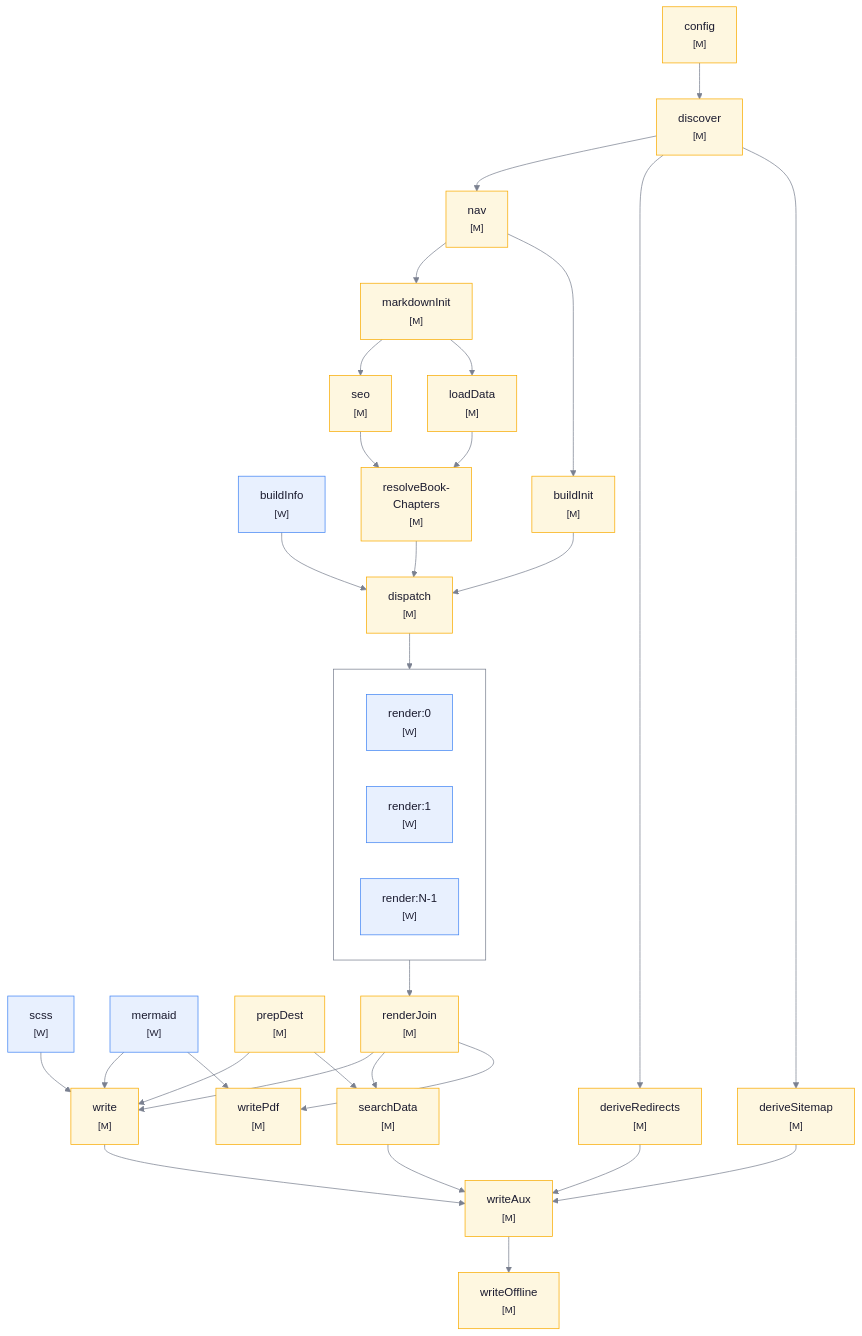
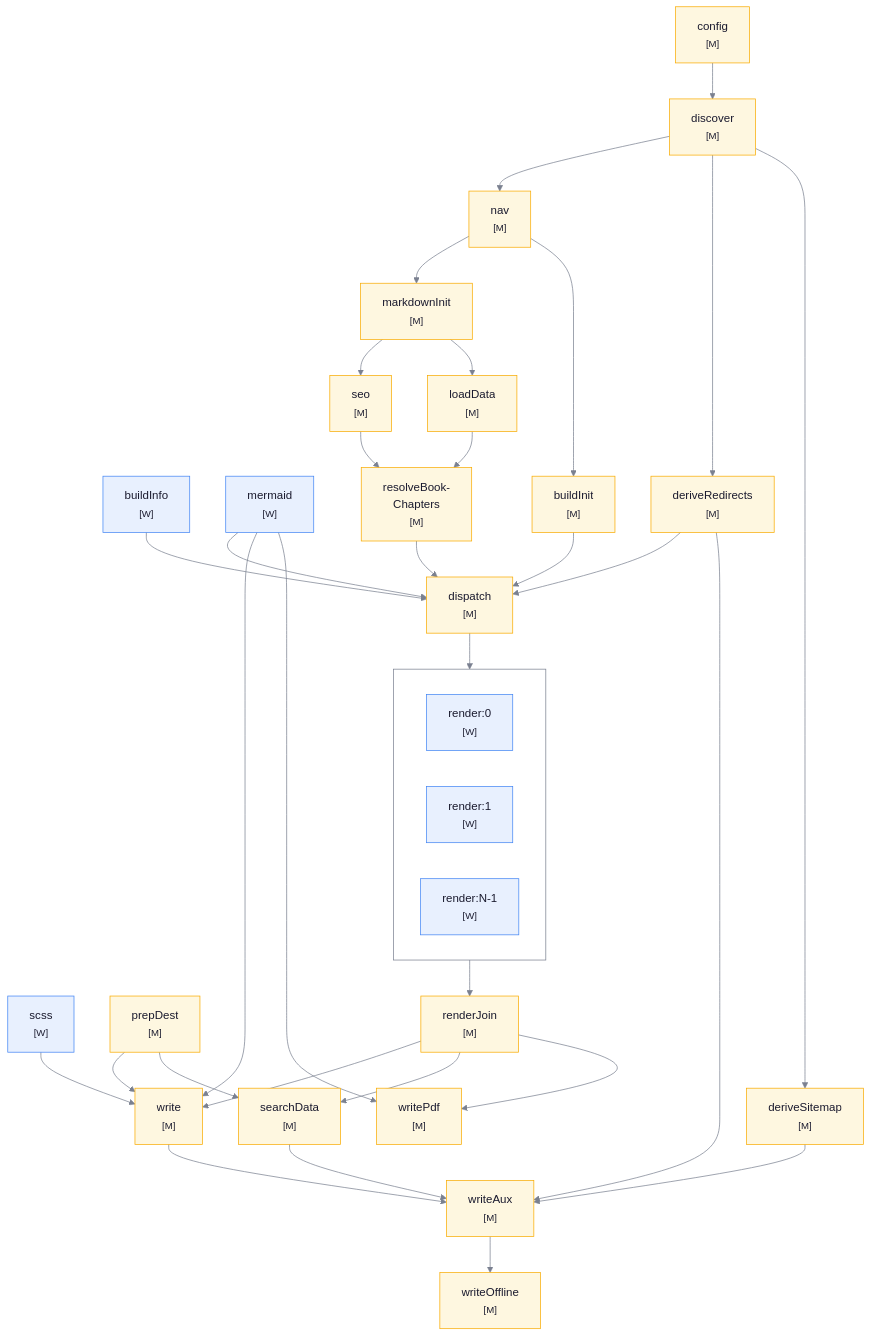
Before and after one commit to twinbasic/documentation: the diagram in docs/assets/images/mmd/scheduler-dag.mmd, drawn with Mermaid. The commit also changed 5 other files, not shown here.

```diff
--- a/docs/assets/images/mmd/scheduler-dag.mmd
+++ b/docs/assets/images/mmd/scheduler-dag.mmd
@@ -1,56 +1,58 @@
 %%{init: {"themeVariables": {"clusterBkg": "transparent", "clusterBorder": "#7a8090", "lineColor": "#7a8090"}}}%%
 flowchart TB
     %%subgraph seeds [" "]
     %%    direction LR
         BI["buildInfo<br><small>[W]</small>"]
         SC["scss<br><small>[W]</small>"]
         MM["mermaid<br><small>[W]</small>"]
         PD["prepDest<br><small>[M]</small>"]
     %%end
 
     CF["config<br><small>[M]</small>"] --> DI["discover<br><small>[M]</small>"]
     DI --> NV["nav<br><small>[M]</small>"]
     DI --> DR["deriveRedirects<br><small>[M]</small>"]
     DI --> DS["deriveSitemap<br><small>[M]</small>"]
     NV --> MI["markdownInit<br><small>[M]</small>"]
     NV --> BU["buildInit<br><small>[M]</small>"]
     MI --> SE["seo<br><small>[M]</small>"]
     MI --> LD["loadData<br><small>[M]</small>"]
     SE --> RC["resolveBook-<br>Chapters<br><small>[M]</small>"]
     LD --> RC
 
     BU --> DP["dispatch<br><small>[M]</small>"]
     RC --> DP
     BI --> DP
+    MM --> DP
+    DR --> DP
 
     subgraph fanout [" "]
         direction LR
         R0["render:0<br><small>[W]</small>"]
         R1["render:1<br><small>[W]</small>"]
         RN["render:N-1<br><small>[W]</small>"]
     end
 
     DP --> fanout
 
     fanout --> RJ["renderJoin<br><small>[M]</small>"]
 
     RJ --> WR["write<br><small>[M]</small>"]
     SC --> WR
     MM --> WR
     PD --> WR
 
     RJ --> SD["searchData<br><small>[M]</small>"]
     PD --> SD
     WR --> WA["writeAux<br><small>[M]</small>"]
     SD --> WA
     DR --> WA
     DS --> WA
 
     WA --> WO["writeOffline<br><small>[M]</small>"]
     RJ --> WP["writePdf<br><small>[M]</small>"]
     MM --> WP
 
     classDef worker fill:#e8f0fe,stroke:#4285f4,color:#1a1a2e
     classDef main fill:#fef7e0,stroke:#f9ab00,color:#1a1a2e
     class BI,SC,MM,R0,R1,RN worker
     class CF,DI,NV,MI,BU,SE,LD,RC,DP,RJ,WR,SD,WA,DR,DS,WO,WP,PD main
```
